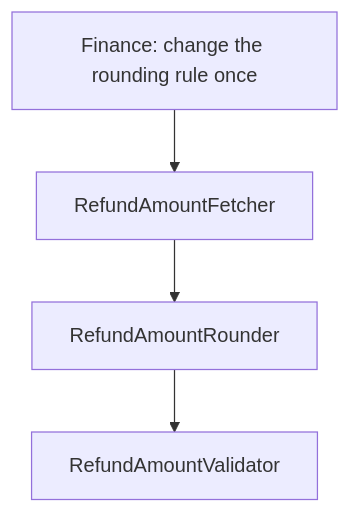
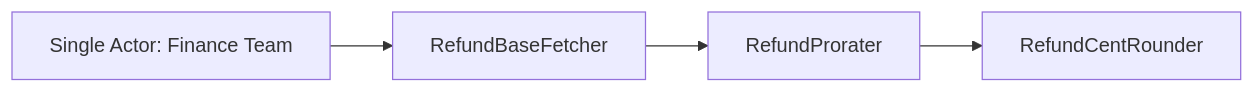
Before and after one commit to ffzz/blog: the second of 2 diagrams in src/content/notes/en/single-responsibility-is-an-actor.md, drawn with Mermaid. The commit also changed other lines of this file and 16 other files, not shown here.

````diff
--- a/src/content/notes/en/single-responsibility-is-an-actor.md
+++ b/src/content/notes/en/single-responsibility-is-an-actor.md
@@ -184,6 +208,6 @@
 ```mermaid
-flowchart TB
-    R["Finance: change the rounding rule once"] --> F["RefundAmountFetcher"]
-    F --> O["RefundAmountRounder"]
-    O --> V["RefundAmountValidator"]
+flowchart LR
+    Actor["Single Actor: Finance Team"] --> C1["RefundBaseFetcher"]
+    C1 --> C2["RefundProrater"]
+    C2 --> C3["RefundCentRounder"]
 ```
````
